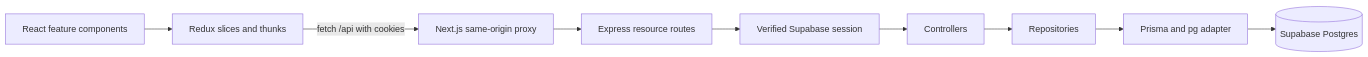
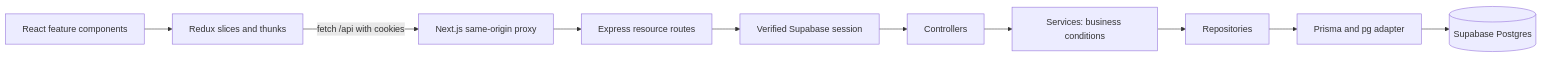
The diagram in docs/ARCHITECTURE.md (Itdepartment-b1g/b1g-fuel), drawn with Mermaid before and after one commit. The commit also changed other lines of this file and 79 other files, not shown here.

````diff
--- a/docs/ARCHITECTURE.md
+++ b/docs/ARCHITECTURE.md
@@ -5,11 +5,12 @@
 ```mermaid
 flowchart LR
   UI[React feature components] --> Redux[Redux slices and thunks]
   Redux -->|fetch /api with cookies| Next[Next.js same-origin proxy]
   Next --> Express[Express resource routes]
   Express --> Auth[Verified Supabase session]
   Auth --> Controller[Controllers]
-  Controller --> Repository[Repositories]
+  Controller --> Service[Services: business conditions]
+  Service --> Repository[Repositories]
   Repository --> Prisma[Prisma and pg adapter]
   Prisma --> DB[(Supabase Postgres)]
 ```
````
